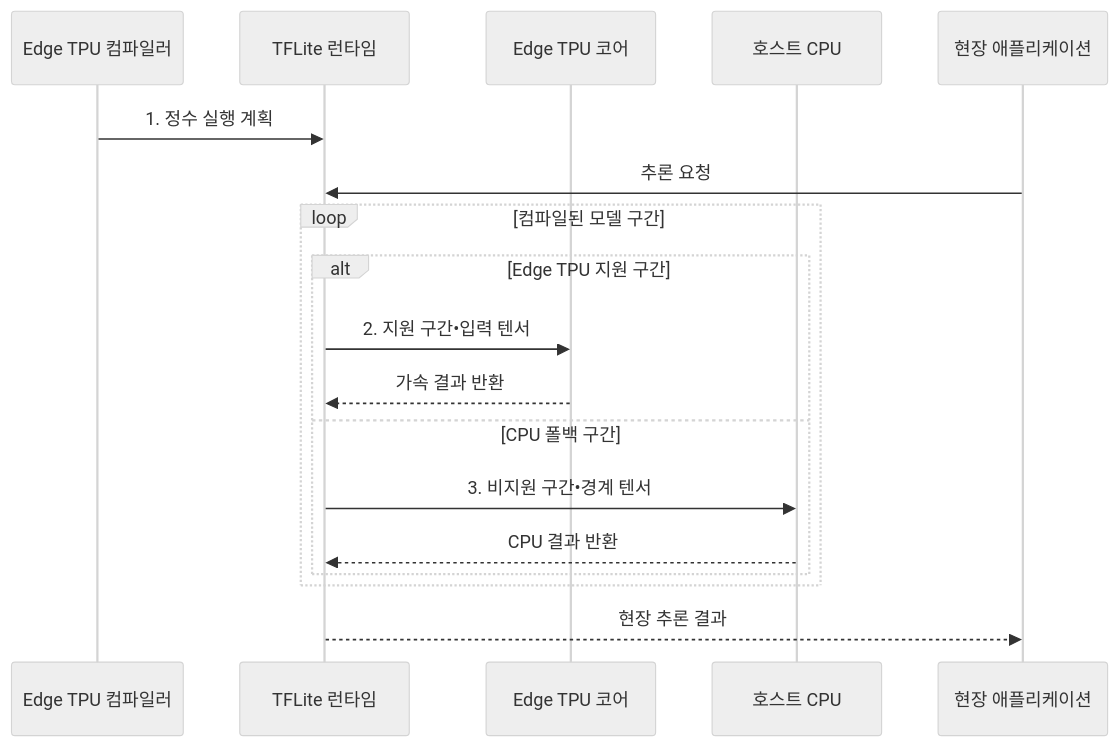
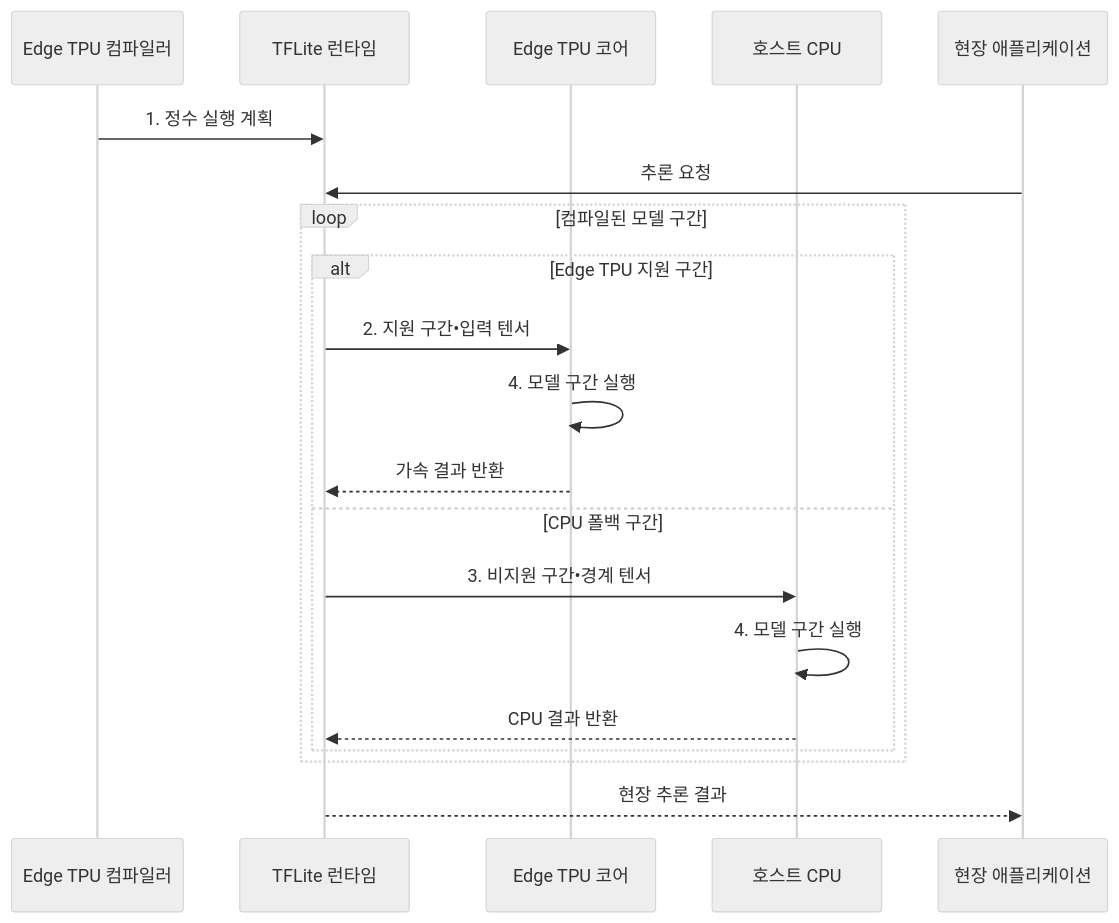
The second of 2 diagrams in src/content/docs/notes/02-hardware/045_edge_tpu.md (agnusdei1207/knowledge-base), drawn with Mermaid (neutral theme) before and after one commit. The commit also changed other lines of this file and 14 other files, not shown here.

````diff
--- a/src/content/docs/notes/02-hardware/045_edge_tpu.md
+++ b/src/content/docs/notes/02-hardware/045_edge_tpu.md
@@ -101,21 +101,23 @@
 ```mermaid
 sequenceDiagram
     participant C as Edge TPU 컴파일러
     participant R as TFLite 런타임
     participant E as Edge TPU 코어
     participant H as 호스트 CPU
     participant A as 현장 애플리케이션
 
     C->>R: 1. 정수 실행 계획
     A->>R: 추론 요청
     loop 컴파일된 모델 구간
         alt Edge TPU 지원 구간
             R->>E: 2. 지원 구간•입력 텐서
+            E->>E: 4. 모델 구간 실행
             E-->>R: 가속 결과 반환
         else CPU 폴백 구간
             R->>H: 3. 비지원 구간•경계 텐서
+            H->>H: 4. 모델 구간 실행
             H-->>R: CPU 결과 반환
         end
     end
     R-->>A: 현장 추론 결과
 ```
````
